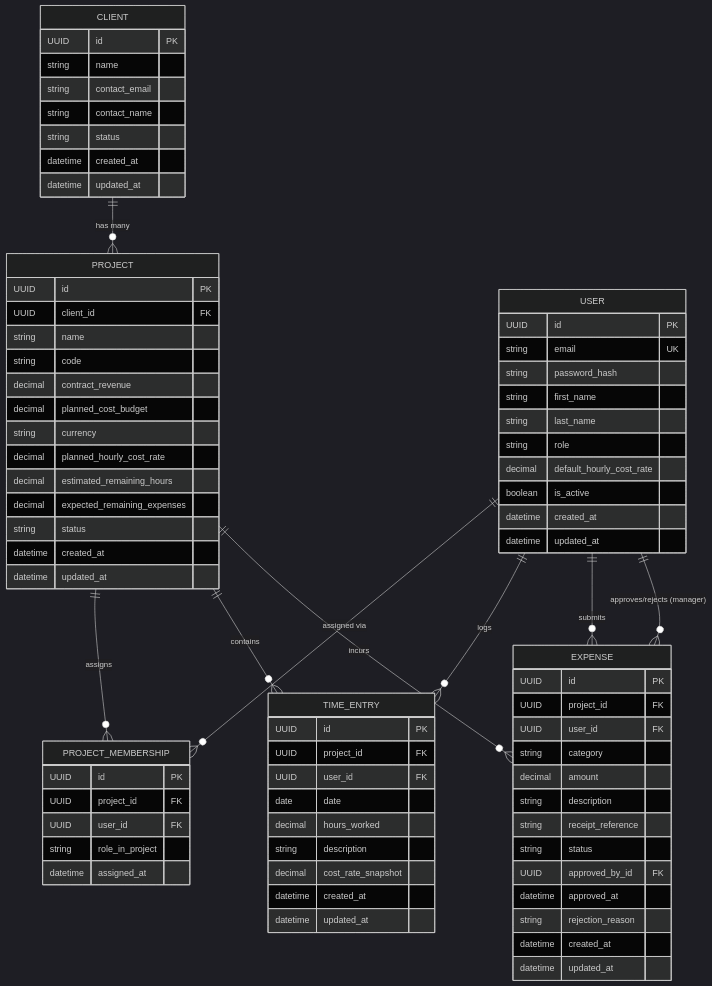
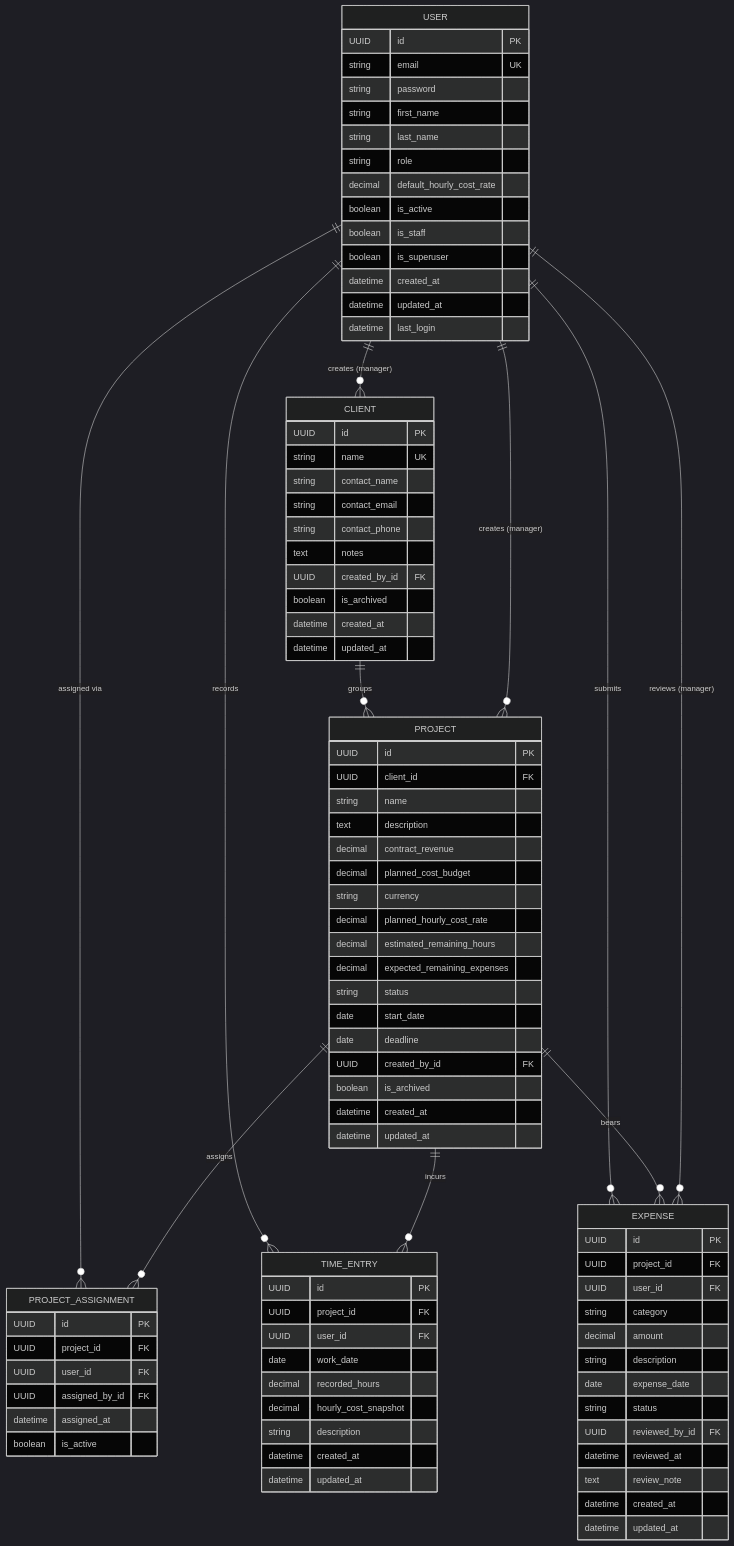
Before and after one commit to RafiAwes/margin_watch_ai: the diagram in docs/data-model.md, drawn with Mermaid (dark theme). The commit also changed other lines of this file and 13 other files, not shown here.

Commit message:
feat: add comprehensive system requirements and architecture documentation

````diff
--- a/docs/data-model.md
+++ b/docs/data-model.md
@@ -25,20 +31,25 @@
 ```mermaid
 erDiagram
-    CLIENT ||--o{ PROJECT : "has many"
-    USER ||--o{ PROJECT_MEMBERSHIP : "assigned via"
-    PROJECT ||--o{ PROJECT_MEMBERSHIP : "assigns"
-    USER ||--o{ TIME_ENTRY : "logs"
-    PROJECT ||--o{ TIME_ENTRY : "contains"
+    CLIENT ||--o{ PROJECT : "groups"
+    USER ||--o{ PROJECT_ASSIGNMENT : "assigned via"
+    PROJECT ||--o{ PROJECT_ASSIGNMENT : "assigns"
+    USER ||--o{ TIME_ENTRY : "records"
+    PROJECT ||--o{ TIME_ENTRY : "incurs"
     USER ||--o{ EXPENSE : "submits"
-    PROJECT ||--o{ EXPENSE : "incurs"
-    USER ||--o{ EXPENSE : "approves/rejects (manager)"
+    PROJECT ||--o{ EXPENSE : "bears"
+    USER ||--o{ EXPENSE : "reviews (manager)"
+    USER ||--o{ CLIENT : "creates (manager)"
+    USER ||--o{ PROJECT : "creates (manager)"
 
     CLIENT {
         UUID id PK
-        string name
+        string name UK
+        string contact_name
         string contact_email
-        string contact_name
-        string status
+        string contact_phone
+        text notes
+        UUID created_by_id FK
+        boolean is_archived
         datetime created_at
         datetime updated_at
     }
@@ -47,7 +58,7 @@
         UUID id PK
         UUID client_id FK
         string name
-        string code
+        text description
         decimal contract_revenue
         decimal planned_cost_budget
         string currency
@@ -55,39 +66,47 @@
         decimal estimated_remaining_hours
         decimal expected_remaining_expenses
         string status
+        date start_date
+        date deadline
+        UUID created_by_id FK
+        boolean is_archived
         datetime created_at
         datetime updated_at
     }
 
-    PROJECT_MEMBERSHIP {
+    PROJECT_ASSIGNMENT {
         UUID id PK
         UUID project_id FK
         UUID user_id FK
-        string role_in_project
+        UUID assigned_by_id FK
         datetime assigned_at
+        boolean is_active
     }
 
     USER {
         UUID id PK
         string email UK
-        string password_hash
+        string password
         string first_name
         string last_name
         string role
         decimal default_hourly_cost_rate
         boolean is_active
+        boolean is_staff
+        boolean is_superuser
         datetime created_at
         datetime updated_at
+        datetime last_login
     }
 
     TIME_ENTRY {
         UUID id PK
         UUID project_id FK
         UUID user_id FK
-        date date
-        decimal hours_worked
+        date work_date
+        decimal recorded_hours
+        decimal hourly_cost_snapshot
         string description
-        decimal cost_rate_snapshot
         datetime created_at
         datetime updated_at
     }
@@ -99,11 +118,11 @@
         string category
         decimal amount
         string description
-        string receipt_reference
+        date expense_date
         string status
-        UUID approved_by_id FK
-        datetime approved_at
-        string rejection_reason
+        UUID reviewed_by_id FK
+        datetime reviewed_at
+        text review_note
         datetime created_at
         datetime updated_at
     }
````
